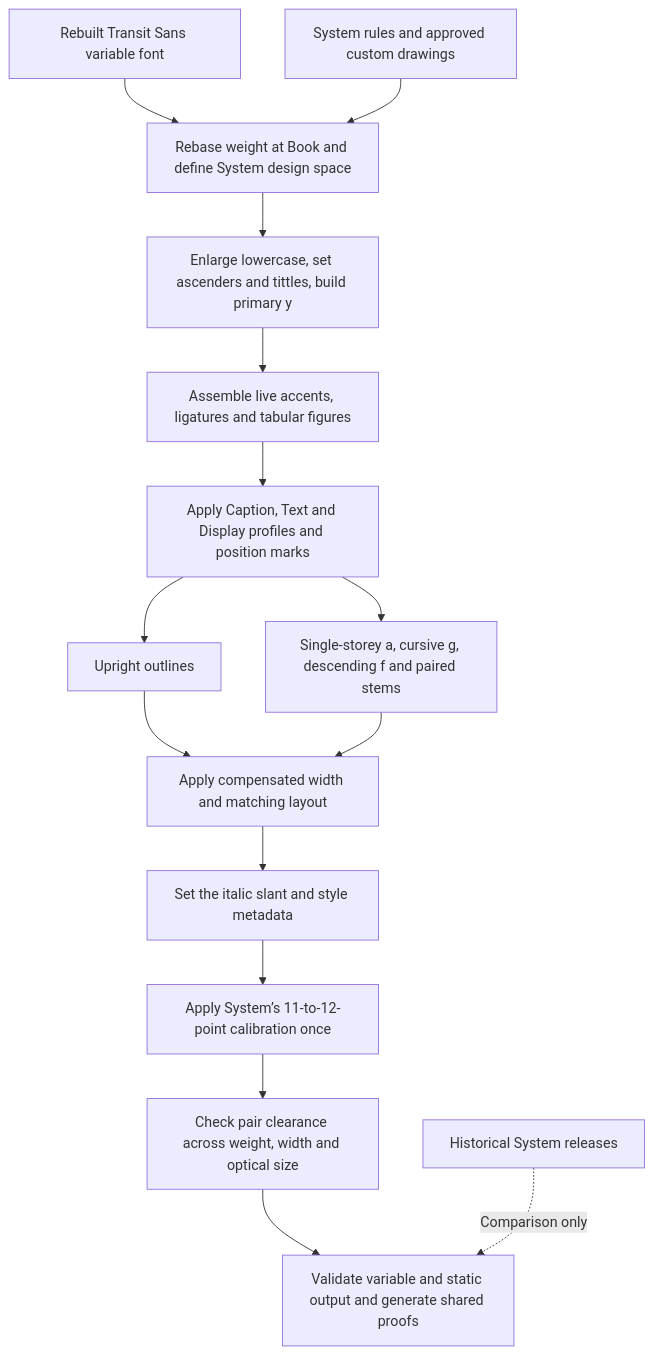
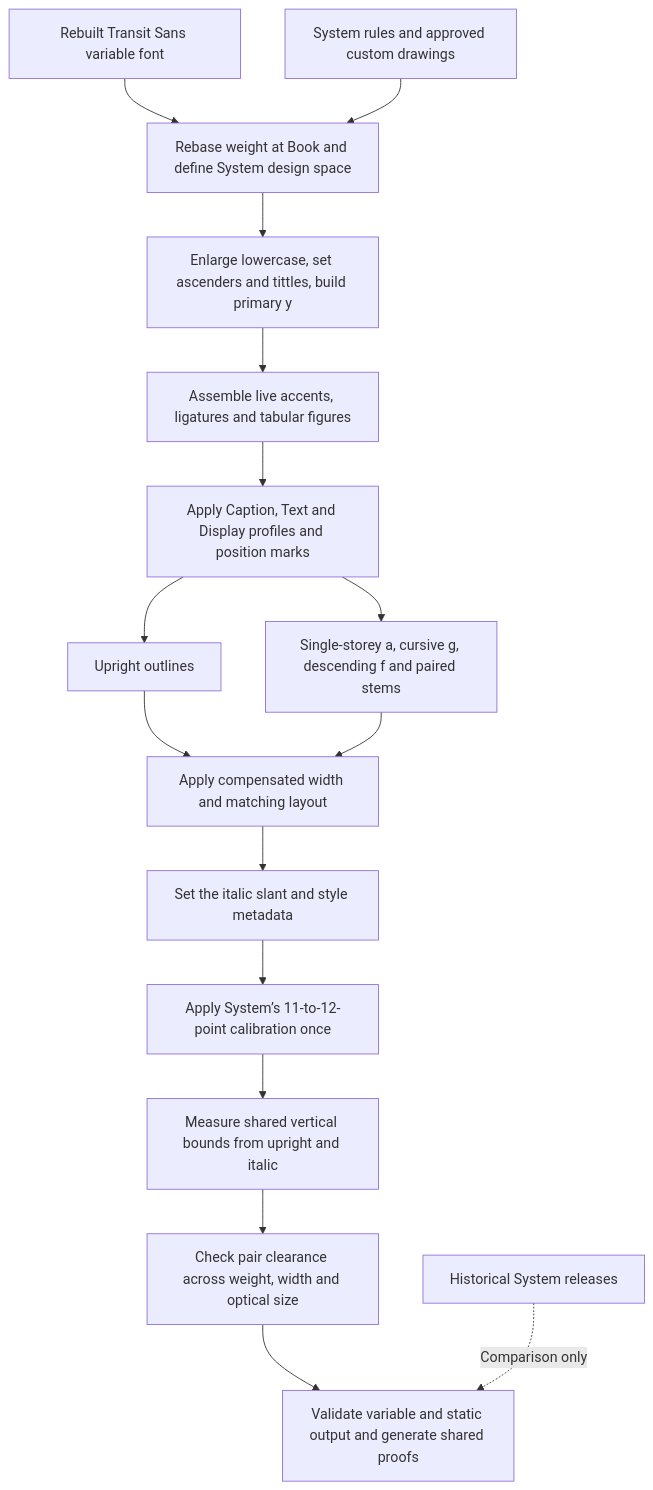
One commit to daikonic-org/transit-typeface changed the diagram in docs/system-rebuild.md. Above: the diagram before and after it, drawn with Mermaid. The commit also changed other lines of this file and 14 other files, not shown here.

````diff
--- a/docs/system-rebuild.md
+++ b/docs/system-rebuild.md
@@ -9,17 +9,18 @@
 ```mermaid
 flowchart TD
   Sans["Rebuilt Transit Sans variable font"] --> Foundation["Rebase weight at Book and define System design space"]
   Recipe["System rules and approved custom drawings"] --> Foundation
   Foundation --> Drawings["Enlarge lowercase, set ascenders and tittles, build primary y"]
   Drawings --> Components["Assemble live accents, ligatures and tabular figures"]
   Components --> Spacing["Apply Caption, Text and Display profiles and position marks"]
   Spacing --> Upright["Upright outlines"]
   Spacing --> Italic["Single-storey a, cursive g, descending f and paired stems"]
   Upright --> Width["Apply compensated width and matching layout"]
   Italic --> Width
   Width --> Style["Set the italic slant and style metadata"]
   Style --> Size["Apply System’s 11-to-12-point calibration once"]
-  Size --> Kern["Check pair clearance across weight, width and optical size"]
+  Size --> Extents["Measure shared vertical bounds from upright and italic"]
+  Extents --> Kern["Check pair clearance across weight, width and optical size"]
   Kern --> Delivery["Validate variable and static output and generate shared proofs"]
   Reference["Historical System releases"] -. "Comparison only" .-> Delivery
 ```
````
